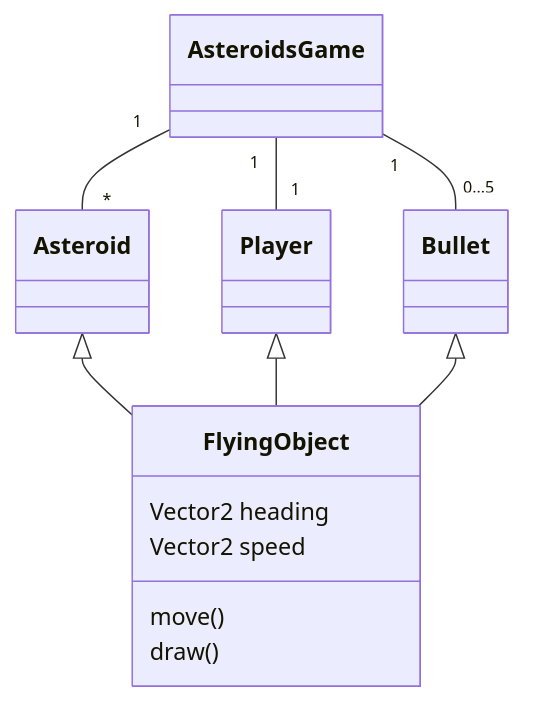
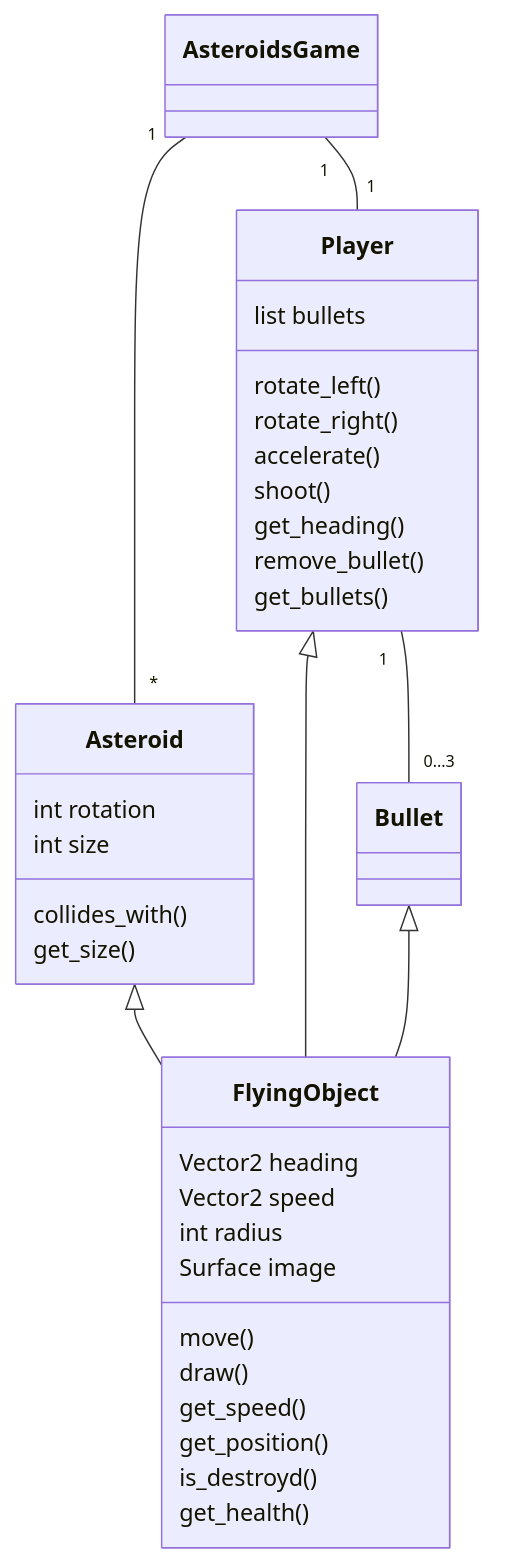
The first of 2 diagrams in asteroids/dokumentaatio/arkkitehtuuri.md (JuhoPaananen/ot-harjoitustyo), drawn with Mermaid before and after one commit. The commit also changed other lines of this file, not shown here.

````diff
--- a/asteroids/dokumentaatio/arkkitehtuuri.md
+++ b/asteroids/dokumentaatio/arkkitehtuuri.md
@@ -24,16 +29,40 @@
 ```mermaid
 classDiagram
 AsteroidsGame "1" -- "*" Asteroid
 AsteroidsGame "1" -- "1" Player
-AsteroidsGame "1" -- "0...5" Bullet
+Player "1" -- "0...3" Bullet
 Asteroid <|-- FlyingObject
 Player  <|-- FlyingObject
 Bullet <|-- FlyingObject
 
 class FlyingObject {
 Vector2 heading
 Vector2 speed
+int radius
+Surface image
 move()
 draw()
+get_speed()
+get_position()
+is_destroyd()
+get_health()
+}
+
+class Asteroid {
+int rotation
+int size
+collides_with()
+get_size()
+}
+
+class Player {
+list bullets
+rotate_left()
+rotate_right()
+accelerate()
+shoot()
+get_heading()
+remove_bullet()
+get_bullets()
 }
 ```
````
